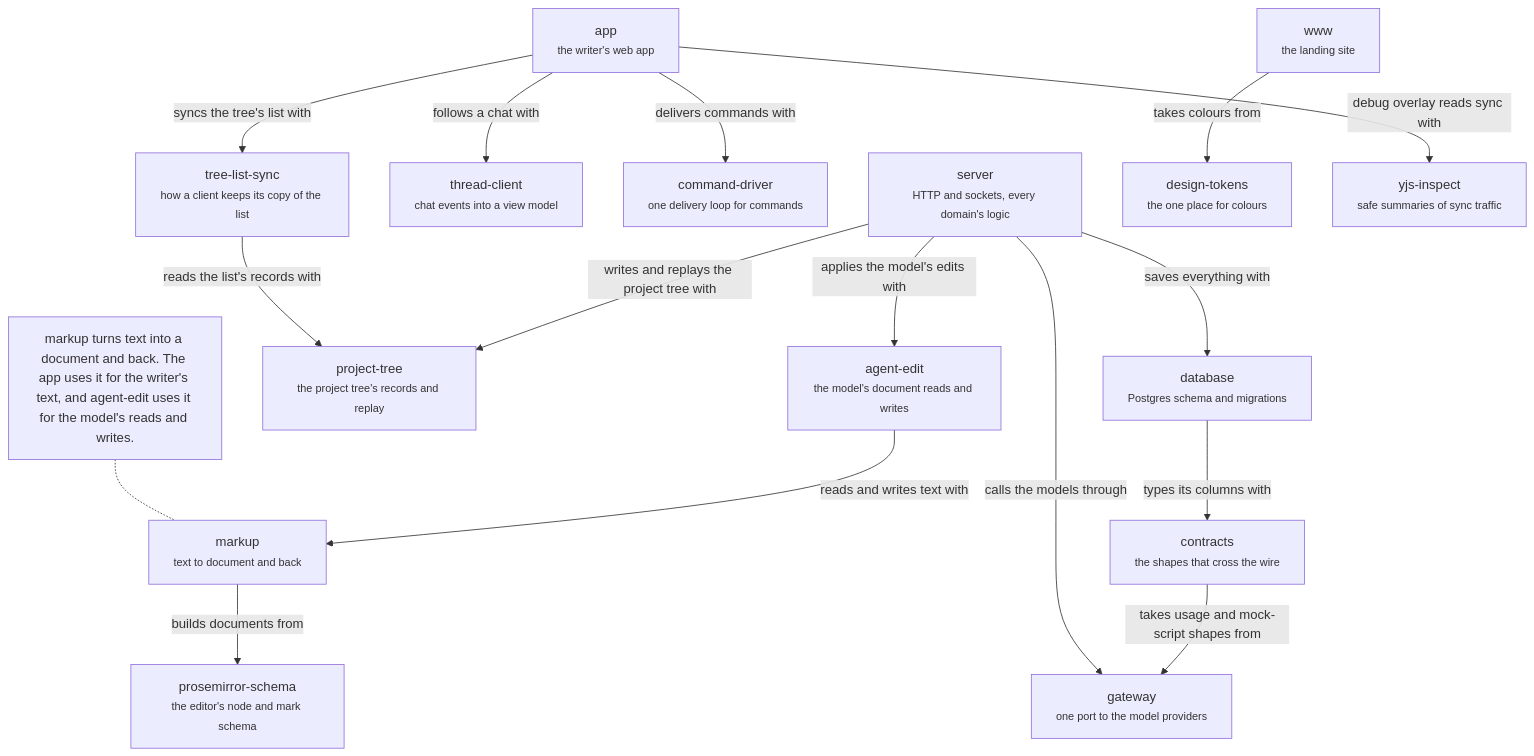
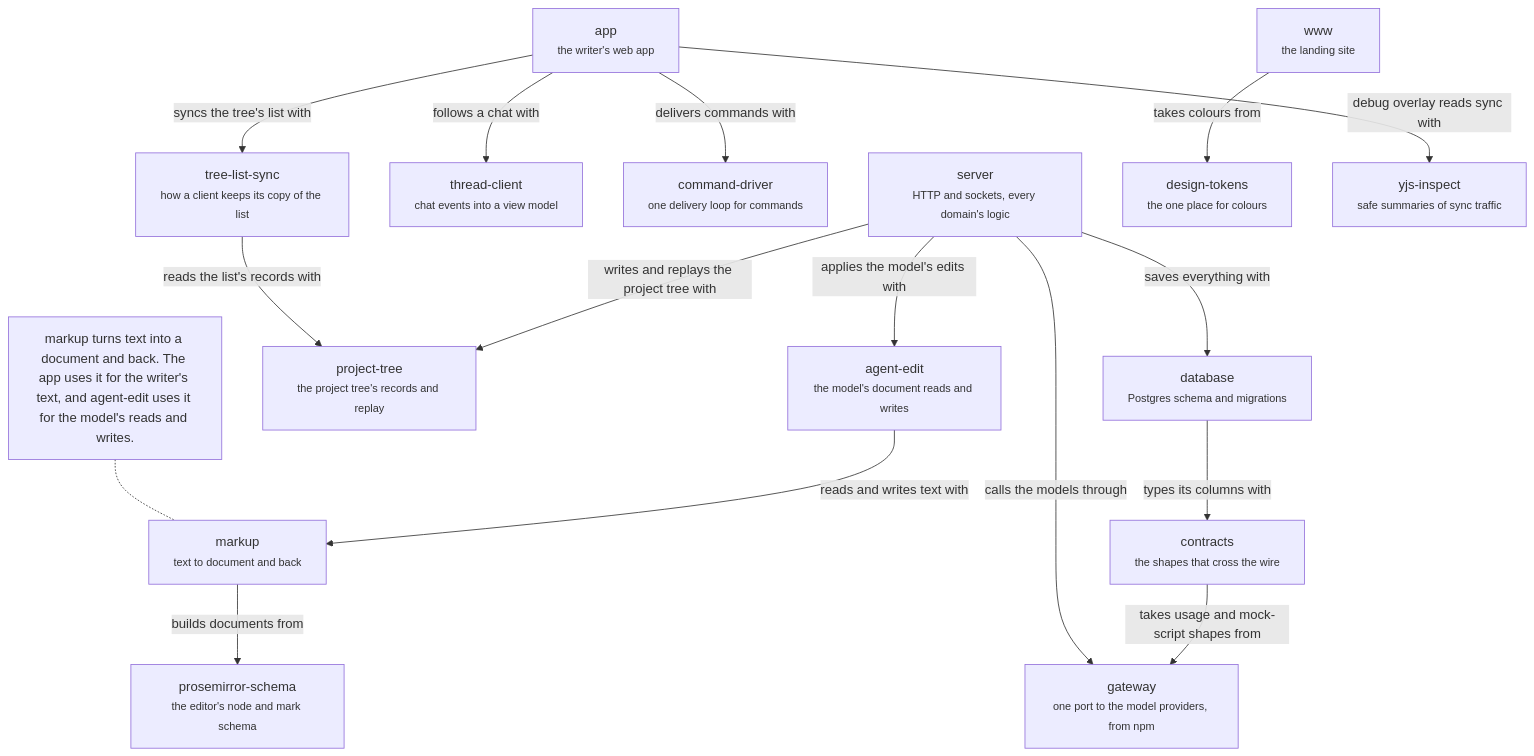
Before and after one commit to haowjy/meridian-flow: the diagram in .context/system-architecture/code.md, drawn with Mermaid. The commit also changed other lines of this file and 75 other files, not shown here.

First line of the commit message:
Run on @meridian-flow/gateway from npm; delete packages/gateway

````diff
--- a/.context/system-architecture/code.md
+++ b/.context/system-architecture/code.md
@@ -9,34 +10,34 @@
 ```mermaid
 flowchart TB
   app["app<br/><small>the writer's web app</small>"]:::module
   server["server<br/><small>HTTP and sockets, every domain's logic</small>"]:::module
   www["www<br/><small>the landing site</small>"]:::module
   thread-client["thread-client<br/><small>chat events into a view model</small>"]:::package
   agent-edit["agent-edit<br/><small>the model's document reads and writes</small>"]:::package
   project-tree["project-tree<br/><small>the project tree's records and replay</small>"]:::package
   command-driver["command-driver<br/><small>one delivery loop for commands</small>"]:::package
   tree-list-sync["tree-list-sync<br/><small>how a client keeps its copy of the list</small>"]:::package
   markup["markup<br/><small>text to document and back</small>"]:::package
   prosemirror-schema["prosemirror-schema<br/><small>the editor's node and mark schema</small>"]:::package
   database["database<br/><small>Postgres schema and migrations</small>"]:::package
   contracts["contracts<br/><small>the shapes that cross the wire</small>"]:::package
   design-tokens["design-tokens<br/><small>the one place for colours</small>"]:::package
-  gateway["gateway<br/><small>one port to the model providers</small>"]:::package
+  gateway["gateway<br/><small>one port to the model providers, from npm</small>"]:::external
   yjs-inspect["yjs-inspect<br/><small>safe summaries of sync traffic</small>"]:::package
   app -->|"follows a chat with"| thread-client
   server -->|"applies the model's edits with"| agent-edit
   server -->|"saves everything with"| database
   agent-edit -->|"reads and writes text with"| markup
   markup -->|"builds documents from"| prosemirror-schema
   database -->|"types its columns with"| contracts
   contracts -->|"takes usage and mock-script shapes from"| gateway
   server -->|"calls the models through"| gateway
   www -->|"takes colours from"| design-tokens
   app -->|"debug overlay reads sync with"| yjs-inspect
   server -->|"writes and replays the project tree with"| project-tree
   app -->|"delivers commands with"| command-driver
   app -->|"syncs the tree's list with"| tree-list-sync
   tree-list-sync -->|"reads the list's records with"| project-tree
   note1["markup turns text into a document and back. The app uses it for the writer's text, and agent-edit uses it for the model's reads and writes."]:::note
   note1 -.- markup
 ```
````
